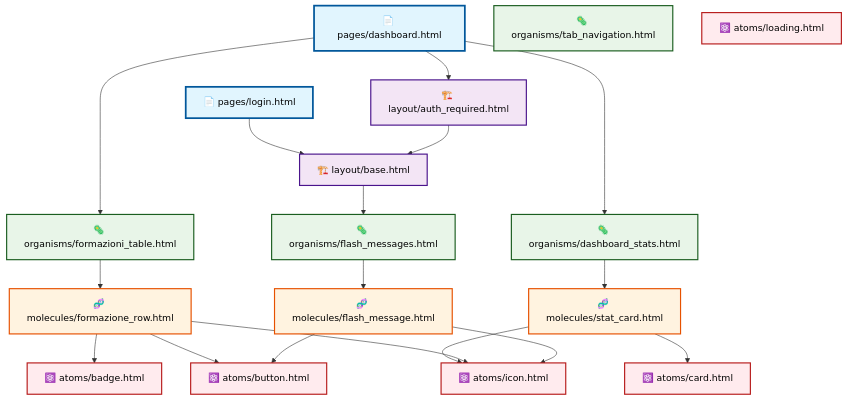
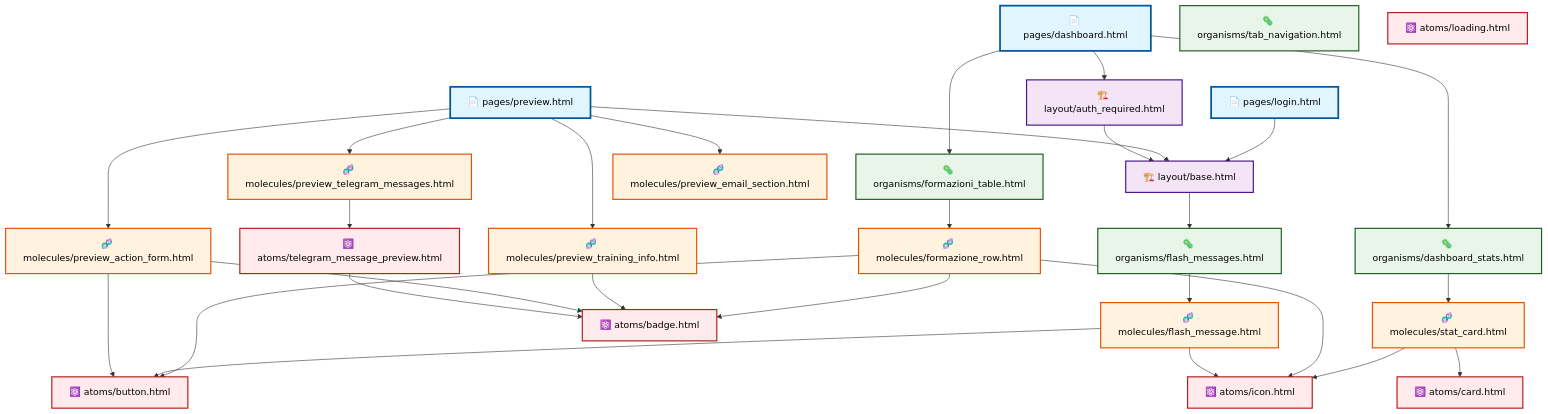
The first of 6 diagrams in docs/templates/dependency_graph.md (lucadileo9/Formazing), drawn with Mermaid before and after one commit. The commit also changed other lines of this file and 4 other files, not shown here.

````diff
--- a/docs/templates/dependency_graph.md
+++ b/docs/templates/dependency_graph.md
@@ -9,59 +9,81 @@
 ```mermaid
 graph TD
     %% Pages (Top Level)
     LP[📄 pages/login.html]:::page
     DP[📄 pages/dashboard.html]:::page
+    PP[📄 pages/preview.html]:::page
     
     %% Layouts
     BL[🏗️ layout/base.html]:::layout
     AL[🏗️ layout/auth_required.html]:::layout
     
     %% Organisms
     DS[🦠 organisms/dashboard_stats.html]:::organism
     FT[🦠 organisms/formazioni_table.html]:::organism
     FM[🦠 organisms/flash_messages.html]:::organism
     TN[🦠 organisms/tab_navigation.html]:::organism
     
     %% Molecules
     SC[🧬 molecules/stat_card.html]:::molecule
     FR[🧬 molecules/formazione_row.html]:::molecule
     FLM[🧬 molecules/flash_message.html]:::molecule
+    PTI[🧬 molecules/preview_training_info.html]:::molecule
+    PTM[🧬 molecules/preview_telegram_messages.html]:::molecule
+    PES[🧬 molecules/preview_email_section.html]:::molecule
+    PAF[🧬 molecules/preview_action_form.html]:::molecule
     
     %% Atoms
     BTN[⚛️ atoms/button.html]:::atom
     BDG[⚛️ atoms/badge.html]:::atom
     CRD[⚛️ atoms/card.html]:::atom
     ICN[⚛️ atoms/icon.html]:::atom
     LD[⚛️ atoms/loading.html]:::atom
+    TMP[⚛️ atoms/telegram_message_preview.html]:::atom
     
     %% Page Dependencies
     LP --> BL
     DP --> AL
+    PP --> BL
     AL --> BL
     
     %% Page to Organism Dependencies
     DP --> DS
     DP --> FT
     BL --> FM
     
+    %% Page to Molecule Dependencies (Preview page)
+    PP --> PTI
+    PP --> PTM
+    PP --> PES
+    PP --> PAF
+    
     %% Organism to Molecule Dependencies
     DS --> SC
     FT --> FR
     FM --> FLM
     
-    %% Molecule to Atom Dependencies
+    %% Molecule to Atom Dependencies (existing)
     SC --> ICN
     SC --> CRD
     FR --> BDG
     FR --> BTN
     FR --> ICN
     FLM --> ICN
     FLM --> BTN
     
+    %% Molecule to Atom Dependencies (new preview molecules)
+    PTI --> BDG
+    PTM --> TMP
+    PAF --> BDG
+    PAF --> BTN
+    
+    %% Atom to Atom Dependencies
+    TMP --> BDG
+    
     %% Styling Classes
     classDef page fill:#e1f5fe,stroke:#01579b,stroke-width:3px,color:#000
     classDef layout fill:#f3e5f5,stroke:#4a148c,stroke-width:2px,color:#000
     classDef organism fill:#e8f5e8,stroke:#1b5e20,stroke-width:2px,color:#000
     classDef molecule fill:#fff3e0,stroke:#e65100,stroke-width:2px,color:#000
     classDef atom fill:#ffebee,stroke:#b71c1c,stroke-width:2px,color:#000
 ```
````
